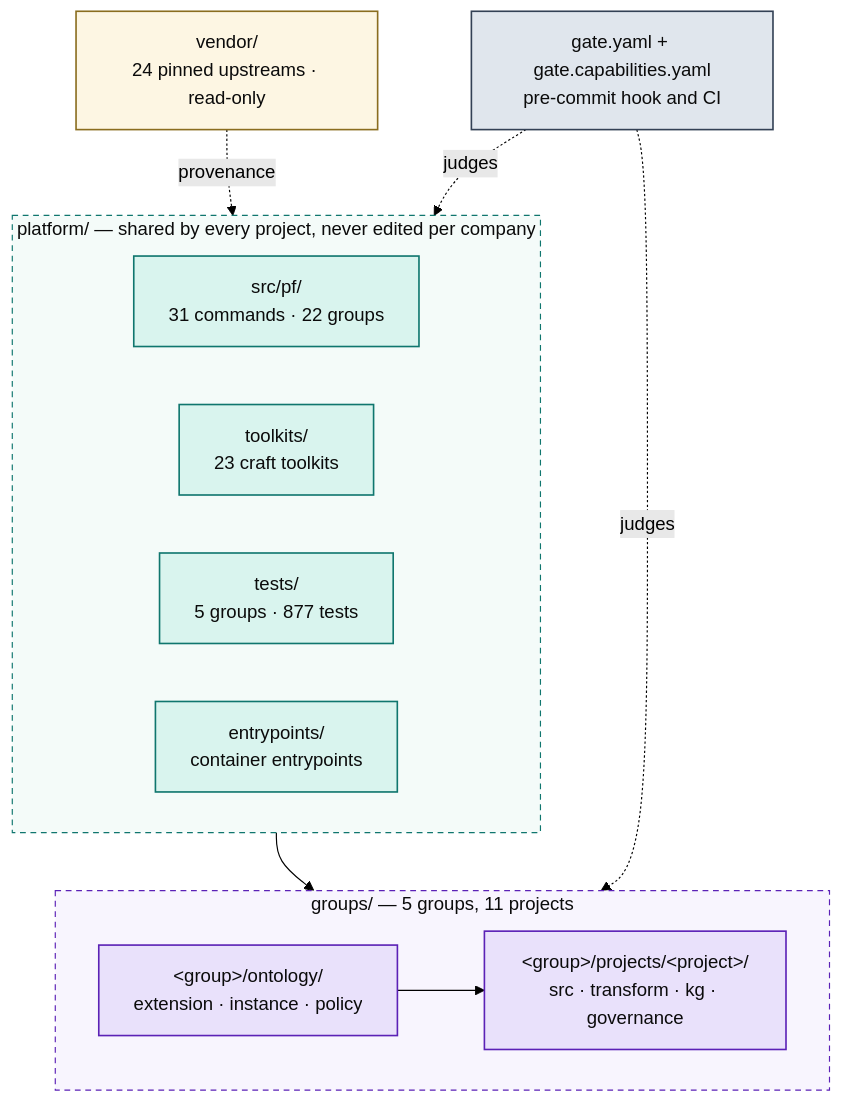
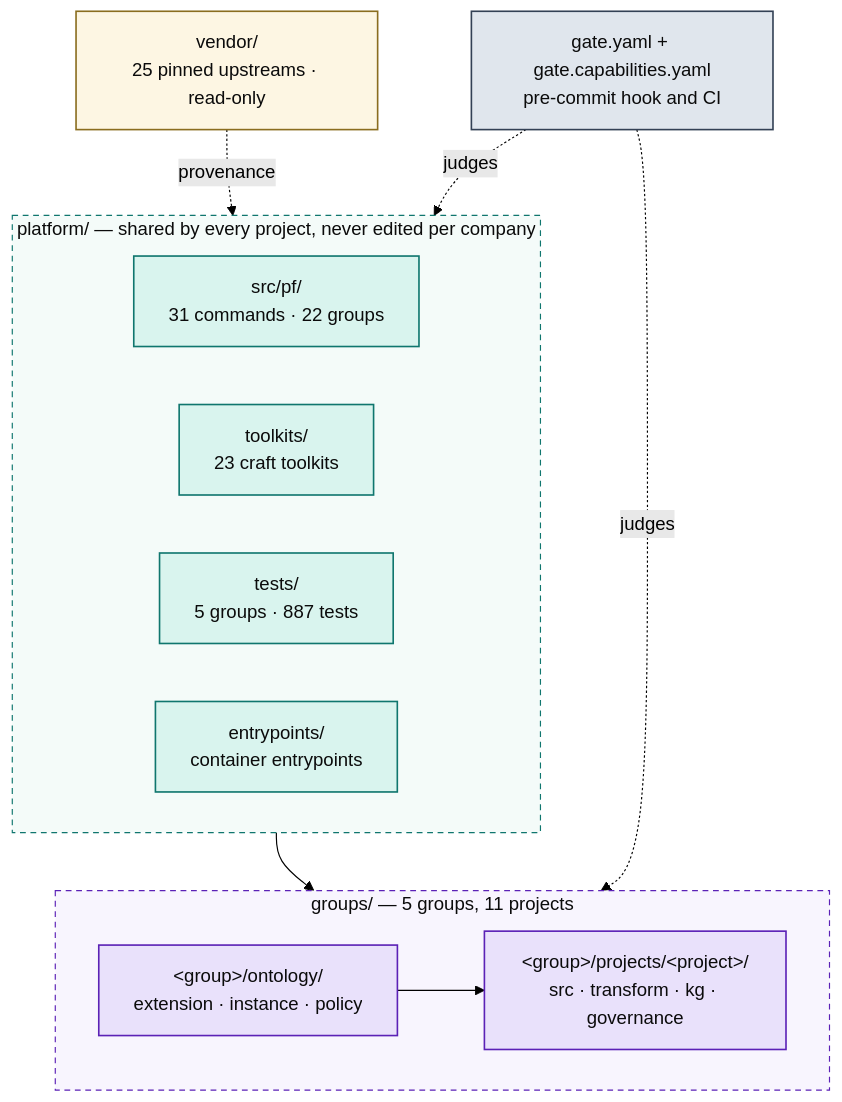
One commit to Atomz-org/data-platform changed the first of 5 diagrams in docs/ARCHITECTURE.md. Above: the diagram before and after it, drawn with Mermaid (forest theme). The commit also changed other lines of this file and 7 other files, not shown here.

````diff
--- a/docs/ARCHITECTURE.md
+++ b/docs/ARCHITECTURE.md
@@ -15,36 +15,36 @@
 ```mermaid
 flowchart TB
   subgraph SHARED["platform/ — shared by every project, never edited per company"]
     direction LR
     ENG["src/pf/<br/>31 commands · 22 groups"]
     TK["toolkits/<br/>23 craft toolkits"]
-    TST["tests/<br/>5 groups · 877 tests"]
+    TST["tests/<br/>5 groups · 887 tests"]
     ENT["entrypoints/<br/>container entrypoints"]
   end
 
   subgraph ENTITIES["groups/ — 5 groups, 11 projects"]
     direction LR
     GRP["&lt;group&gt;/ontology/<br/>extension · instance · policy"]
     PRJ["&lt;group&gt;/projects/&lt;project&gt;/<br/>src · transform · kg · governance"]
     GRP --> PRJ
   end
 
-  VEN["vendor/<br/>24 pinned upstreams · read-only"]
+  VEN["vendor/<br/>25 pinned upstreams · read-only"]
   GATE["gate.yaml + gate.capabilities.yaml<br/>pre-commit hook and CI"]
 
   SHARED --> ENTITIES
   VEN -.provenance.-> SHARED
   GATE -.judges.-> ENTITIES
   GATE -.judges.-> SHARED
 
   classDef code fill:#d9f4ee,stroke:#0f766e,stroke-width:1.4px,color:#0b0b0b
   classDef data fill:#e9e1fb,stroke:#5b21b6,stroke-width:1.4px,color:#0b0b0b
   classDef gov fill:#e0e6ed,stroke:#334155,stroke-width:1.4px,color:#0b0b0b
   classDef ext fill:#fdf6e3,stroke:#8a6d1f,stroke-width:1.4px,color:#0b0b0b
   class ENG,TK,TST,ENT code
   class GRP,PRJ data
   class GATE gov
   class VEN ext
   style SHARED fill:#f4fbf9,stroke:#0f766e,stroke-dasharray:5 4,color:#0b0b0b
   style ENTITIES fill:#f8f5fe,stroke:#5b21b6,stroke-dasharray:5 4,color:#0b0b0b
 ```
````
